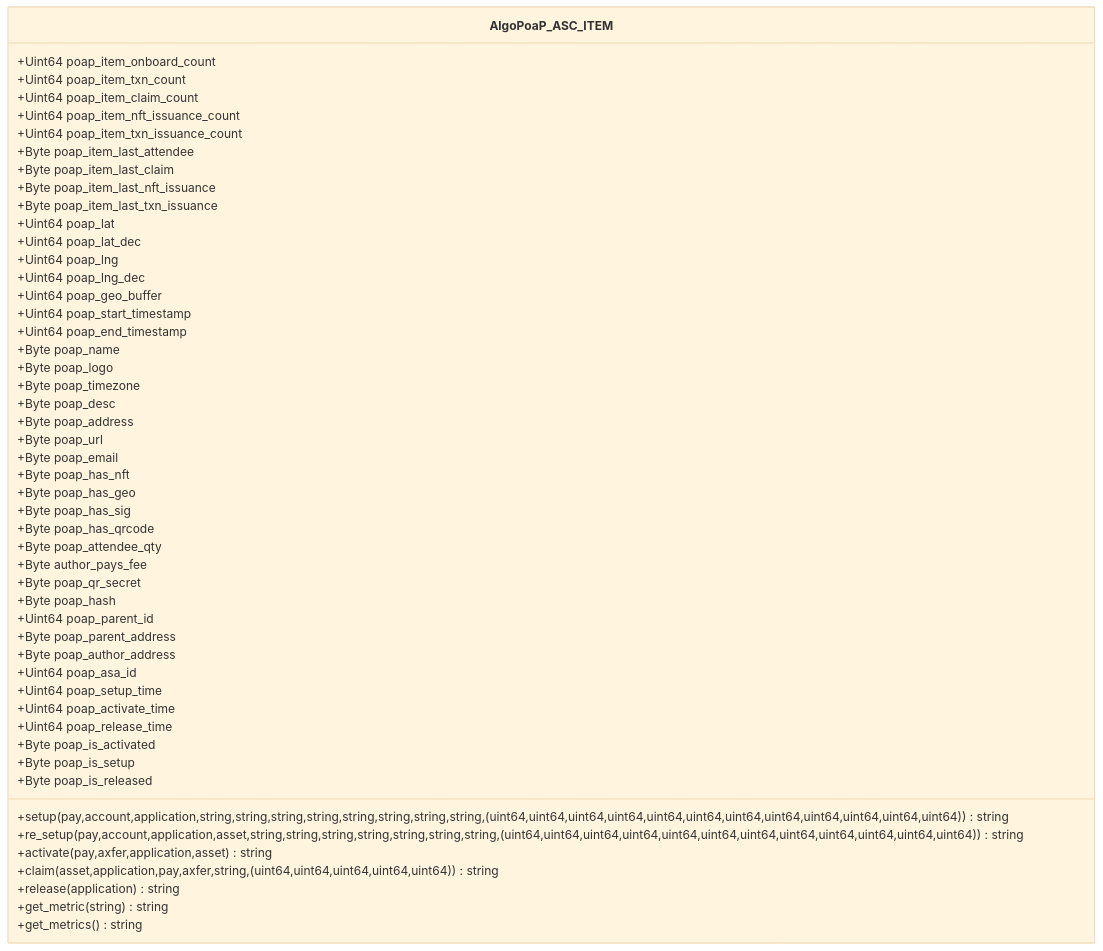
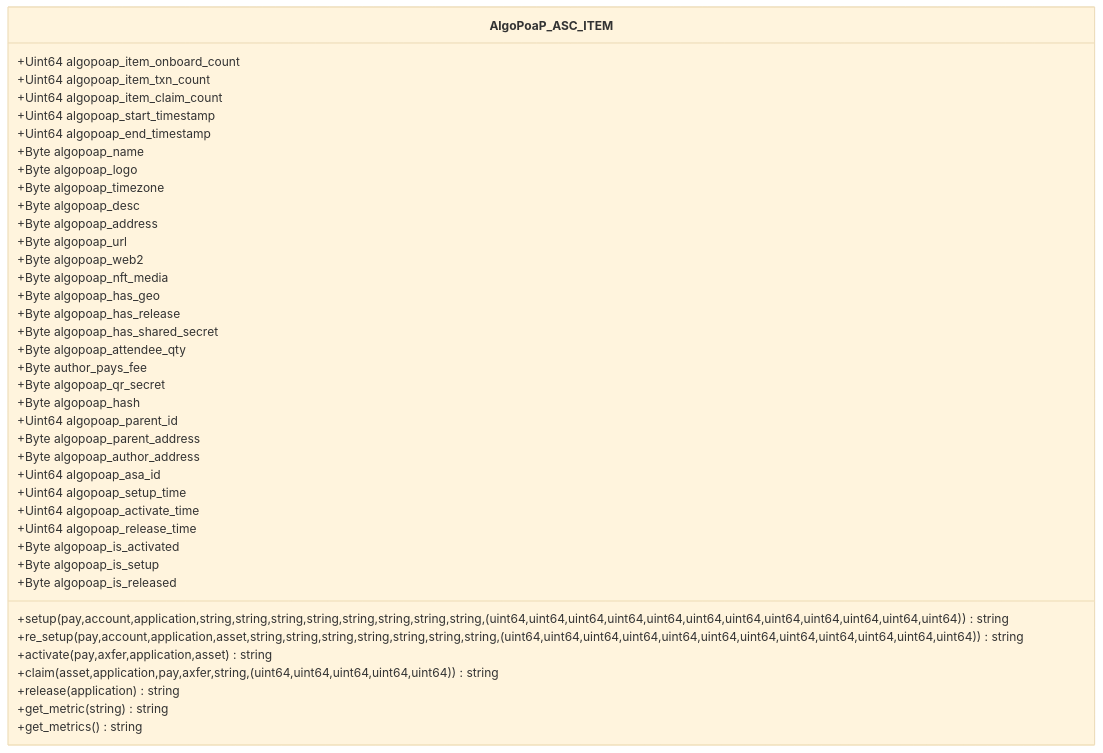
The eighth of 8 diagrams in profile/README.md (GoPlausible/.github), drawn with Mermaid (base theme) before and after one commit. The commit also changed other lines of this file, not shown here.

````diff
--- a/profile/README.md
+++ b/profile/README.md
@@ -512,69 +447,56 @@
 ```mermaid
   classDiagram
     class AlgoPoaP_ASC_ITEM
 
-    AlgoPoaP_ASC_ITEM : +Uint64 poap_item_onboard_count
-    AlgoPoaP_ASC_ITEM : +Uint64 poap_item_txn_count
-    AlgoPoaP_ASC_ITEM : +Uint64 poap_item_claim_count
-    AlgoPoaP_ASC_ITEM : +Uint64 poap_item_nft_issuance_count
-    AlgoPoaP_ASC_ITEM : +Uint64 poap_item_txn_issuance_count
-  
-    AlgoPoaP_ASC_ITEM : +Byte poap_item_last_attendee
-    AlgoPoaP_ASC_ITEM : +Byte poap_item_last_claim
-    AlgoPoaP_ASC_ITEM : +Byte poap_item_last_nft_issuance
-    AlgoPoaP_ASC_ITEM : +Byte poap_item_last_txn_issuance
+    AlgoPoaP_ASC_ITEM : +Uint64 algopoap_item_onboard_count
+    AlgoPoaP_ASC_ITEM : +Uint64 algopoap_item_txn_count
+    AlgoPoaP_ASC_ITEM : +Uint64 algopoap_item_claim_count
+
+    AlgoPoaP_ASC_ITEM : +Uint64 algopoap_start_timestamp
+    AlgoPoaP_ASC_ITEM : +Uint64 algopoap_end_timestamp
+    AlgoPoaP_ASC_ITEM : +Byte algopoap_name
+    AlgoPoaP_ASC_ITEM : +Byte algopoap_logo
+    AlgoPoaP_ASC_ITEM : +Byte algopoap_timezone
+    AlgoPoaP_ASC_ITEM : +Byte algopoap_desc
+    AlgoPoaP_ASC_ITEM : +Byte algopoap_address
+    AlgoPoaP_ASC_ITEM : +Byte algopoap_url
+    AlgoPoaP_ASC_ITEM : +Byte algopoap_web2
+    AlgoPoaP_ASC_ITEM : +Byte algopoap_nft_media
+    AlgoPoaP_ASC_ITEM : +Byte algopoap_has_geo
+    AlgoPoaP_ASC_ITEM : +Byte algopoap_has_release
+    AlgoPoaP_ASC_ITEM : +Byte algopoap_has_shared_secret
+    AlgoPoaP_ASC_ITEM : +Byte algopoap_attendee_qty
+    AlgoPoaP_ASC_ITEM : +Byte author_pays_fee
+    AlgoPoaP_ASC_ITEM : +Byte algopoap_qr_secret
+    AlgoPoaP_ASC_ITEM : +Byte algopoap_hash
 
 
-    AlgoPoaP_ASC_ITEM : +Uint64 poap_lat
-    AlgoPoaP_ASC_ITEM : +Uint64 poap_lat_dec
-    AlgoPoaP_ASC_ITEM : +Uint64 poap_lng
-    AlgoPoaP_ASC_ITEM : +Uint64 poap_lng_dec
-    AlgoPoaP_ASC_ITEM : +Uint64 poap_geo_buffer
-    AlgoPoaP_ASC_ITEM : +Uint64 poap_start_timestamp
-    AlgoPoaP_ASC_ITEM : +Uint64 poap_end_timestamp
-    AlgoPoaP_ASC_ITEM : +Byte poap_name
-    AlgoPoaP_ASC_ITEM : +Byte poap_logo
-    AlgoPoaP_ASC_ITEM : +Byte poap_timezone
-    AlgoPoaP_ASC_ITEM : +Byte poap_desc
-    AlgoPoaP_ASC_ITEM : +Byte poap_address
-    AlgoPoaP_ASC_ITEM : +Byte poap_url
-    AlgoPoaP_ASC_ITEM : +Byte poap_email
-    AlgoPoaP_ASC_ITEM : +Byte poap_has_nft
-    AlgoPoaP_ASC_ITEM : +Byte poap_has_geo
-    AlgoPoaP_ASC_ITEM : +Byte poap_has_sig
-    AlgoPoaP_ASC_ITEM : +Byte poap_has_qrcode
-    AlgoPoaP_ASC_ITEM : +Byte poap_attendee_qty
-    AlgoPoaP_ASC_ITEM : +Byte author_pays_fee
-    AlgoPoaP_ASC_ITEM : +Byte poap_qr_secret
-    AlgoPoaP_ASC_ITEM : +Byte poap_hash
+    AlgoPoaP_ASC_ITEM : +Uint64 algopoap_parent_id
+    AlgoPoaP_ASC_ITEM : +Byte algopoap_parent_address
+    AlgoPoaP_ASC_ITEM : +Byte algopoap_author_address
+    AlgoPoaP_ASC_ITEM : +Uint64 algopoap_asa_id
+
+    AlgoPoaP_ASC_ITEM : +Uint64 algopoap_setup_time
+    AlgoPoaP_ASC_ITEM : +Uint64 algopoap_activate_time
+    AlgoPoaP_ASC_ITEM : +Uint64 algopoap_release_time
 
 
-    AlgoPoaP_ASC_ITEM : +Uint64 poap_parent_id
-    AlgoPoaP_ASC_ITEM : +Byte poap_parent_address
-    AlgoPoaP_ASC_ITEM : +Byte poap_author_address
-    AlgoPoaP_ASC_ITEM : +Uint64 poap_asa_id
-
-    AlgoPoaP_ASC_ITEM : +Uint64 poap_setup_time
-    AlgoPoaP_ASC_ITEM : +Uint64 poap_activate_time
-    AlgoPoaP_ASC_ITEM : +Uint64 poap_release_time
-
-
-     AlgoPoaP_ASC_ITEM : +Byte poap_is_activated
-    AlgoPoaP_ASC_ITEM : +Byte poap_is_setup
-    AlgoPoaP_ASC_ITEM : +Byte poap_is_released
+     AlgoPoaP_ASC_ITEM : +Byte algopoap_is_activated
+    AlgoPoaP_ASC_ITEM : +Byte algopoap_is_setup
+    AlgoPoaP_ASC_ITEM : +Byte algopoap_is_released
 
 
 
  
 
     AlgoPoaP_ASC_ITEM : +setup(pay,account,application,string,string,string,string,string,string,string,string,(uint64,uint64,uint64,uint64,uint64,uint64,uint64,uint64,uint64,uint64,uint64,uint64))string
     AlgoPoaP_ASC_ITEM : +re_setup(pay,account,application,asset,string,string,string,string,string,string,string,(uint64,uint64,uint64,uint64,uint64,uint64,uint64,uint64,uint64,uint64,uint64,uint64))string
     AlgoPoaP_ASC_ITEM : +activate(pay,axfer,application,asset)string
     AlgoPoaP_ASC_ITEM : +claim(asset,application,pay,axfer,string,(uint64,uint64,uint64,uint64,uint64))string
     AlgoPoaP_ASC_ITEM : +release(application)string
     AlgoPoaP_ASC_ITEM : +get_metric(string)string
     AlgoPoaP_ASC_ITEM : +get_metrics()string
     
   
     
 ```
````
